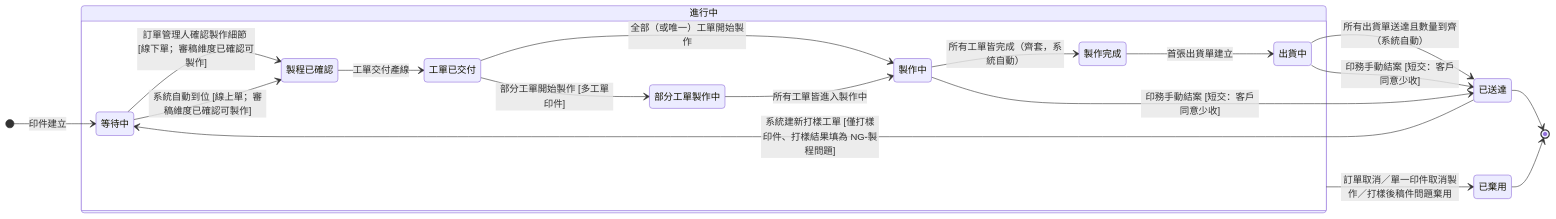
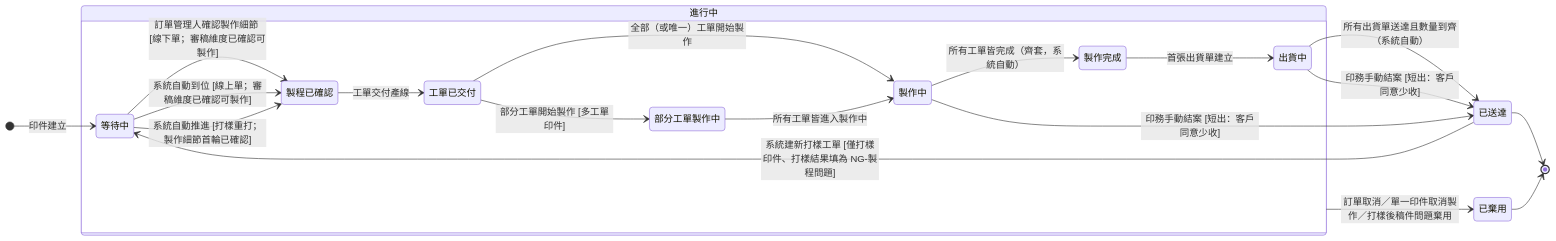
Before and after one commit to Kawato-Miles/erp-spec: the second of 2 diagrams in memory/Sens_wiki/wiki/erp/06-state-machines/印件狀態.md, drawn with Mermaid. The commit also changed other lines of this file and 17 other files, not shown here.

````diff
--- a/memory/Sens_wiki/wiki/erp/06-state-machines/印件狀態.md
+++ b/memory/Sens_wiki/wiki/erp/06-state-machines/印件狀態.md
@@ -101,38 +101,39 @@
 ```mermaid
 stateDiagram-v2
     direction LR
 
     [*] --> p_waiting : 印件建立
 
     state "進行中" as Active {
         direction LR
         state "等待中" as p_waiting
         state "製程已確認" as p_confirmed
         state "工單已交付" as p_delivered
         state "部分工單製作中" as p_partial
         state "製作中" as p_making
         state "製作完成" as p_done
         state "出貨中" as p_shipping
 
         p_waiting --> p_confirmed : 訂單管理人確認製作細節 [線下單；審稿維度已確認可製作]
         p_waiting --> p_confirmed : 系統自動到位 [線上單；審稿維度已確認可製作]
+        p_waiting --> p_confirmed : 系統自動推進 [打樣重打；製作細節首輪已確認]
         p_confirmed --> p_delivered : 工單交付產線
         p_delivered --> p_partial : 部分工單開始製作 [多工單印件]
         p_delivered --> p_making : 全部（或唯一）工單開始製作
         p_partial --> p_making : 所有工單皆進入製作中
         p_making --> p_done : 所有工單皆完成（齊套，系統自動）
         p_done --> p_shipping : 首張出貨單建立
     }
 
     state "已送達" as p_arrived
     state "已棄用" as p_discarded
 
     p_shipping --> p_arrived : 所有出貨單送達且數量到齊（系統自動）
-    p_shipping --> p_arrived : 印務手動結案 [短交：客戶同意少收]
-    p_making --> p_arrived : 印務手動結案 [短交：客戶同意少收]
+    p_shipping --> p_arrived : 印務手動結案 [短出：客戶同意少收]
+    p_making --> p_arrived : 印務手動結案 [短出：客戶同意少收]
     p_arrived --> p_waiting : 系統建新打樣工單 [僅打樣印件、打樣結果填為 NG-製程問題]
     Active --> p_discarded : 訂單取消／單一印件取消製作／打樣後稿件問題棄用
 
     p_arrived --> [*]
     p_discarded --> [*]
 ```
````
